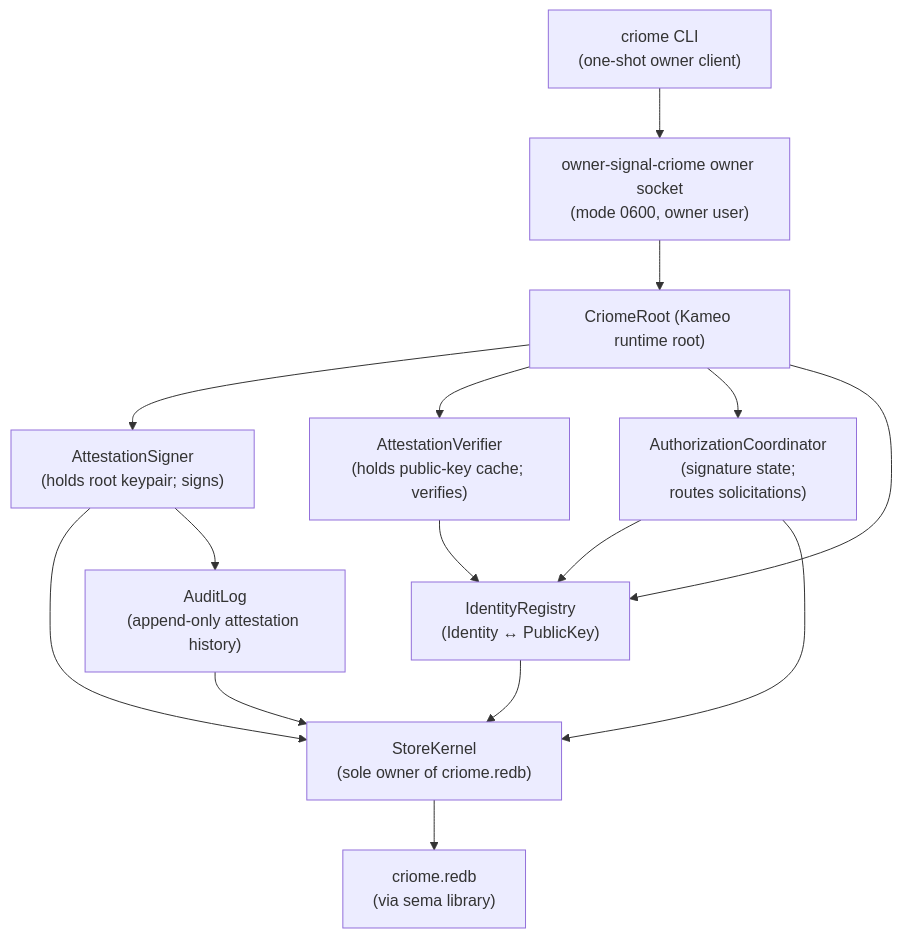
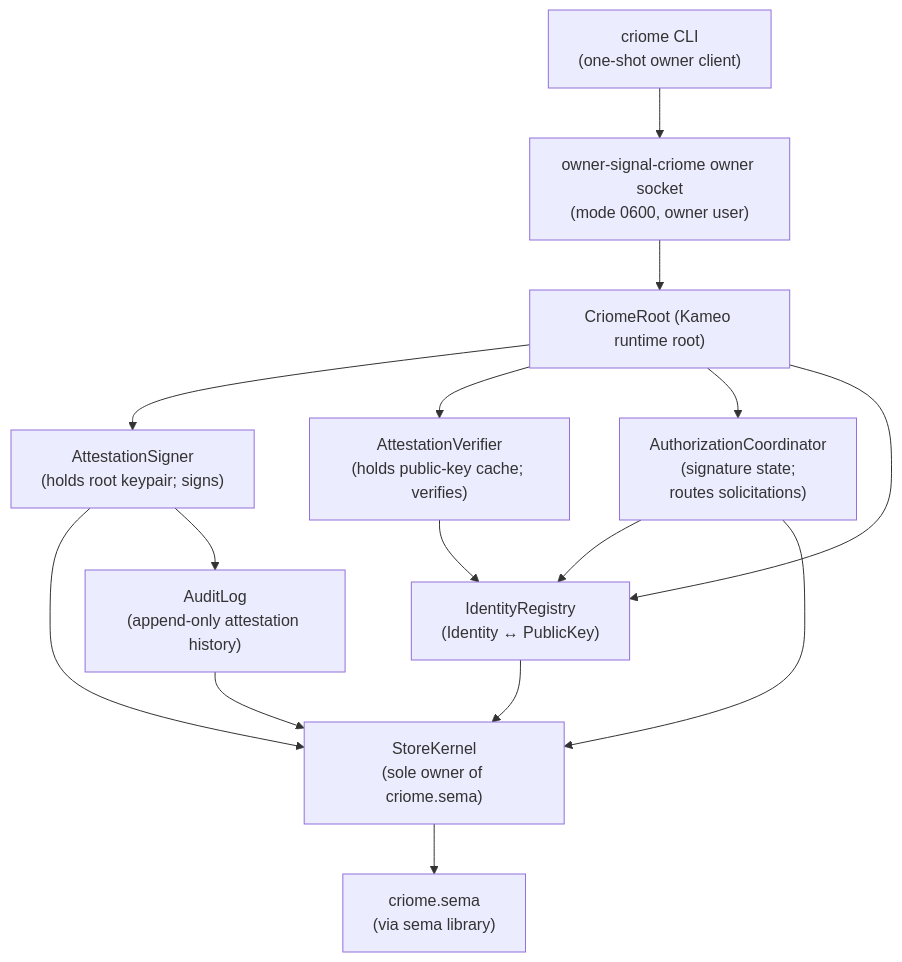
The diagram in ARCHITECTURE.md (LiGoldragon/criome), drawn with Mermaid before and after one commit. The commit also changed other lines of this file and 9 other files, not shown here.

````diff
--- a/ARCHITECTURE.md
+++ b/ARCHITECTURE.md
@@ -181,28 +178,28 @@
 ```mermaid
 flowchart TB
     cli["criome CLI<br/>(one-shot owner client)"]
     socket["owner-signal-criome owner socket<br/>(mode 0600, owner user)"]
     root["CriomeRoot (Kameo runtime root)"]
     signer["AttestationSigner<br/>(holds root keypair; signs)"]
     verifier["AttestationVerifier<br/>(holds public-key cache; verifies)"]
     authorization["AuthorizationCoordinator<br/>(signature state;<br/>routes solicitations)"]
     registry["IdentityRegistry<br/>(Identity ↔ PublicKey)"]
-    store["StoreKernel<br/>(sole owner of criome.redb)"]
-    db["criome.redb<br/>(via sema library)"]
+    store["StoreKernel<br/>(sole owner of criome.sema)"]
+    db["criome.sema<br/>(via sema library)"]
     audit["AuditLog<br/>(append-only attestation history)"]
 
     cli --> socket
     socket --> root
     root --> signer
     root --> verifier
     root --> authorization
     root --> registry
     signer --> store
     verifier --> registry
     authorization --> registry
     authorization --> store
     registry --> store
     store --> db
     signer --> audit
     audit --> store
 ```
````
